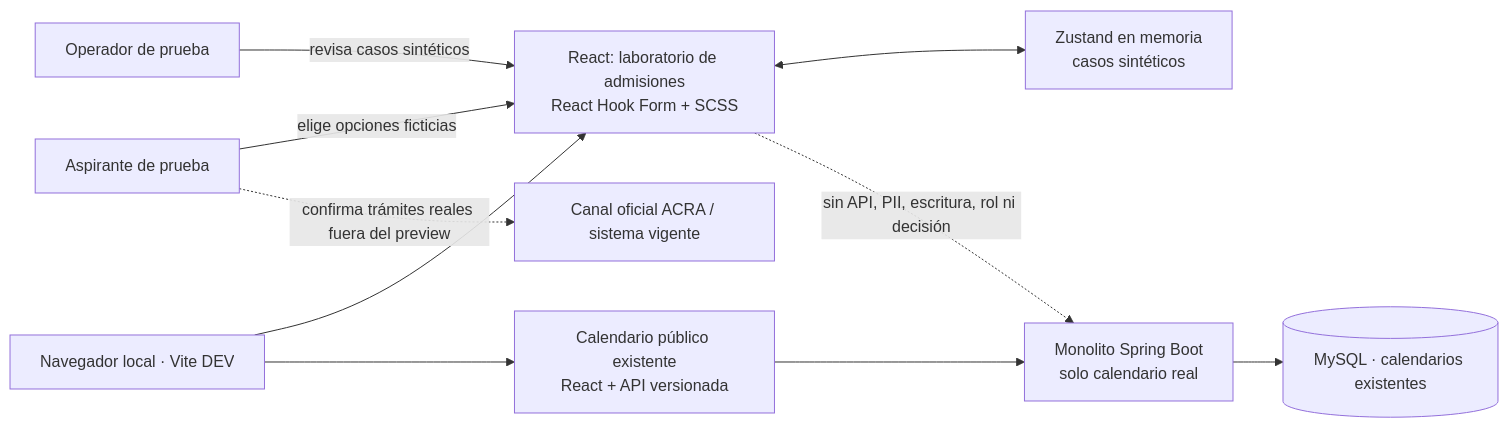
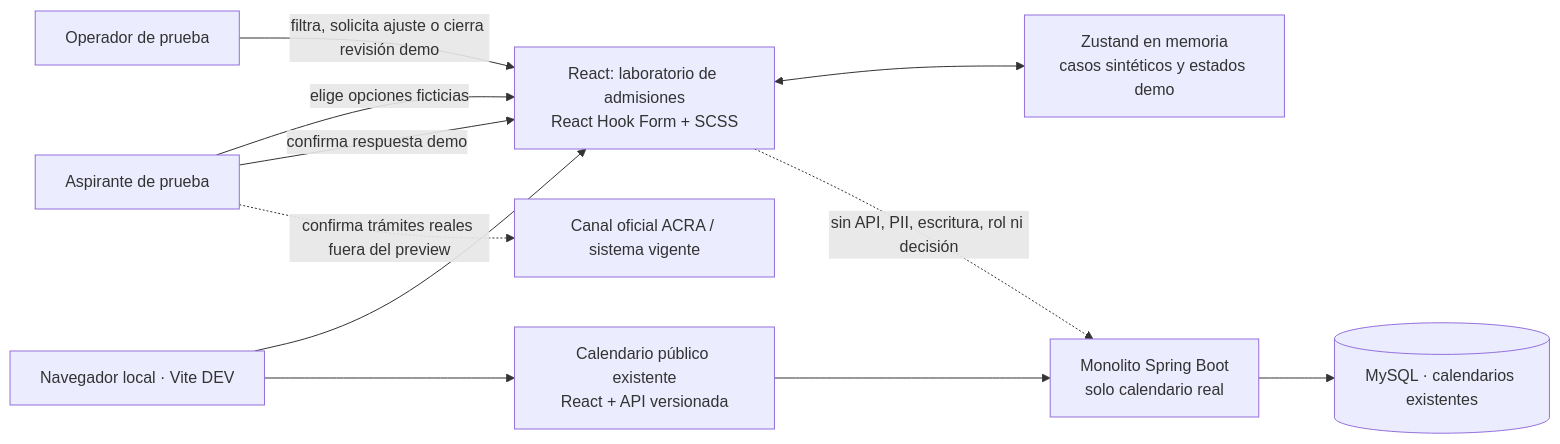
One commit to jdsalasca/open-university-backend changed the diagram in docs/superpowers/specs/2026-10-02-admissions-experience-lab-design.md. Above: the diagram before and after it, drawn with Mermaid. The commit also changed other lines of this file and 4 other files, not shown here.

````diff
--- a/docs/superpowers/specs/2026-10-02-admissions-experience-lab-design.md
+++ b/docs/superpowers/specs/2026-10-02-admissions-experience-lab-design.md
@@ -48,21 +49,22 @@
 ```mermaid
 flowchart LR
   Applicant[Aspirante de prueba]
   Staff[Operador de prueba]
   Browser["Navegador local · Vite DEV"]
   Lab["React: laboratorio de admisiones\nReact Hook Form + SCSS"]
-  Store["Zustand en memoria\ncasos sintéticos"]
+  Store["Zustand en memoria\ncasos sintéticos y estados demo"]
   Calendar["Calendario público existente\nReact + API versionada"]
   Backend["Monolito Spring Boot\nsolo calendario real"]
   Database[(MySQL · calendarios existentes)]
   ACRA["Canal oficial ACRA / sistema vigente"]
 
   Applicant -->|elige opciones ficticias| Lab
-  Staff -->|revisa casos sintéticos| Lab
+  Staff -->|filtra, solicita ajuste o cierra revisión demo| Lab
+  Applicant -->|confirma respuesta demo| Lab
   Lab <--> Store
   Browser --> Lab
   Browser --> Calendar
   Calendar --> Backend --> Database
   Applicant -. confirma trámites reales fuera del preview .-> ACRA
   Lab -. sin API, PII, escritura, rol ni decisión .-> Backend
 ```
````
